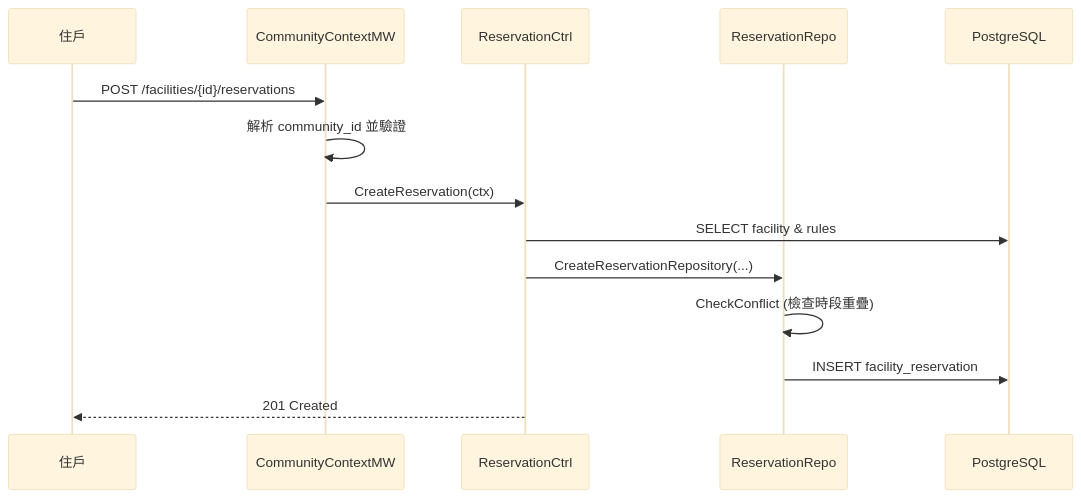
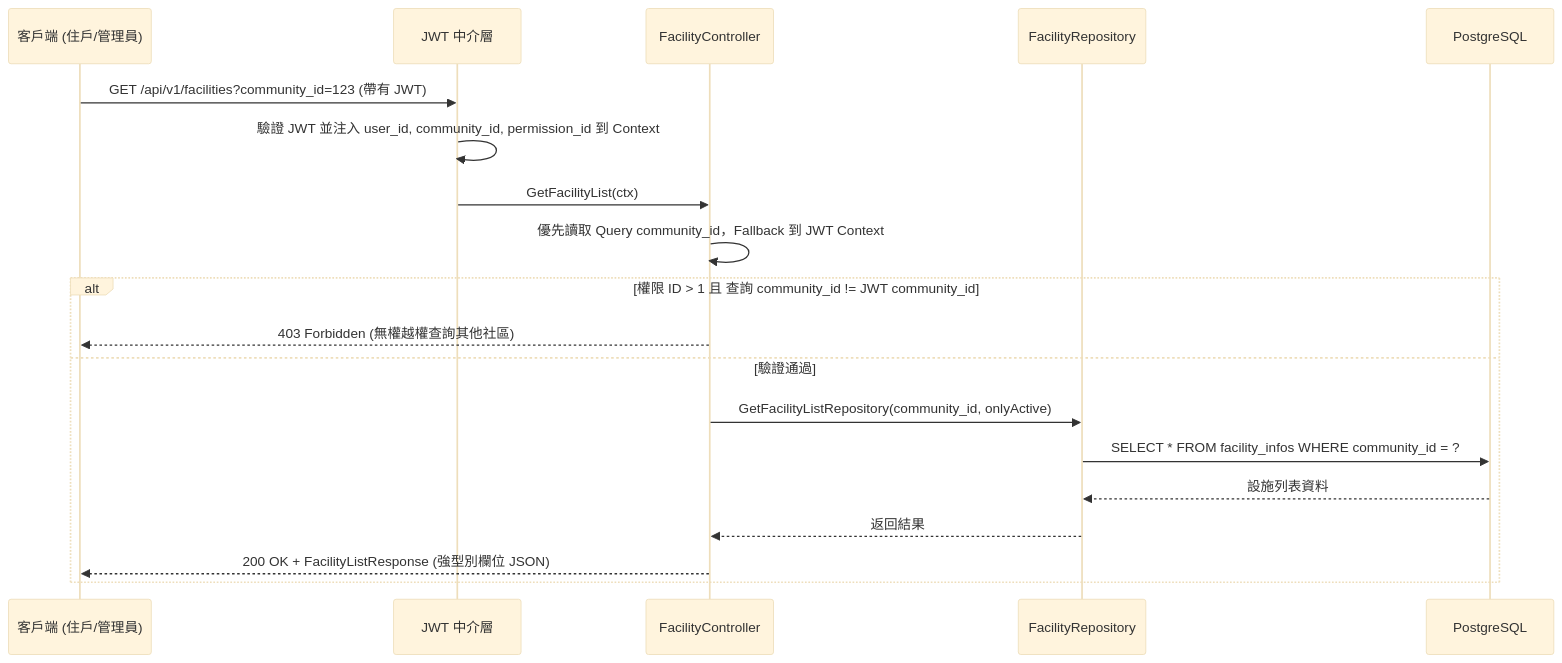
Before and after one commit to kentlin0919/Community_Notification_System: the sixth of 10 diagrams in README.md, drawn with Mermaid (base theme). The commit also changed other lines of this file and 90 other files, not shown here.

````diff
--- a/README.md
+++ b/README.md
@@ -263,16 +347,22 @@
 ```mermaid
 sequenceDiagram
-    participant User as 住戶
-    participant MW as CommunityContextMW
-    participant Ctrl as ReservationCtrl
-    participant Repo as ReservationRepo
+    participant User as 客戶端 (住戶/管理員)
+    participant MW as JWT 中介層
+    participant Ctrl as FacilityController
+    participant Repo as FacilityRepository
     participant DB as PostgreSQL
-    User->>MW: POST /facilities/{id}/reservations
-    MW->>MW: 解析 community_id 並驗證
-    MW->>Ctrl: CreateReservation(ctx)
-    Ctrl->>DB: SELECT facility & rules
-    Ctrl->>Repo: CreateReservationRepository(...)
-    Repo->>Repo: CheckConflict (檢查時段重疊)
-    Repo->>DB: INSERT facility_reservation
-    Ctrl-->>User: 201 Created
+
+    User->>MW: GET /api/v1/facilities?community_id=123 (帶有 JWT)
+    MW->>MW: 驗證 JWT 並注入 user_id, community_id, permission_id 到 Context
+    MW->>Ctrl: GetFacilityList(ctx)
+    Ctrl->>Ctrl: 優先讀取 Query community_id，Fallback 到 JWT Context
+    alt 權限 ID > 1 且 查詢 community_id != JWT community_id
+        Ctrl-->>User: 403 Forbidden (無權越權查詢其他社區)
+    else 驗證通過
+        Ctrl->>Repo: GetFacilityListRepository(community_id, onlyActive)
+        Repo->>DB: SELECT * FROM facility_infos WHERE community_id = ?
+        DB-->>Repo: 設施列表資料
+        Repo-->>Ctrl: 返回結果
+        Ctrl-->>User: 200 OK + FacilityListResponse (強型別欄位 JSON)
+    end
 ```
````
